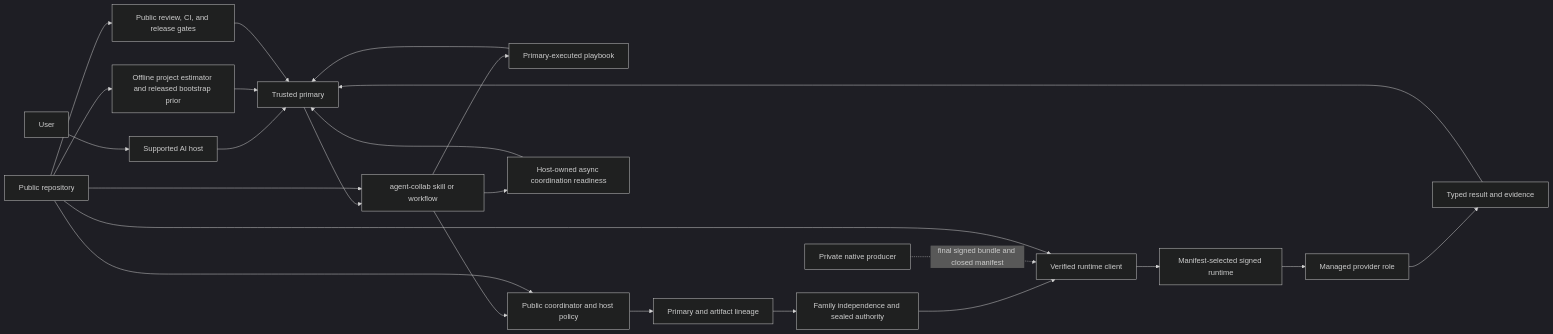
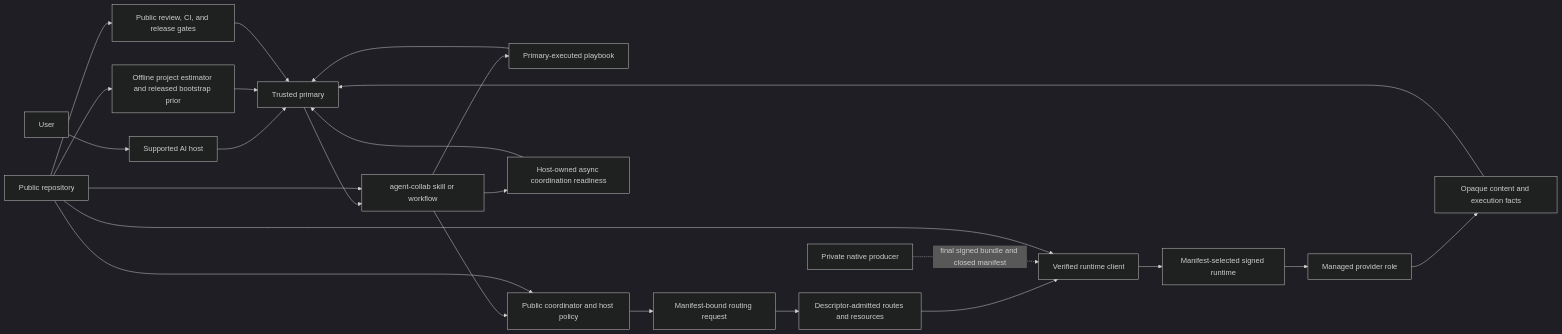
One commit to sumitake/agent-collab changed the diagram in docs/architecture/system-context.md. Above: the diagram before and after it, drawn with Mermaid (dark theme). The commit also changed other lines of this file and 11 other files, not shown here.

````diff
--- a/docs/architecture/system-context.md
+++ b/docs/architecture/system-context.md
@@ -49,30 +49,30 @@
 ```mermaid
 flowchart LR
     User["User"] --> Host["Supported AI host"]
     Host --> Primary["Trusted primary"]
     Primary --> Skill["agent-collab skill or workflow"]
 
     Skill --> Local["Primary-executed playbook"]
     Skill --> Coord["Public coordinator and host policy"]
     Skill --> Async["Host-owned async coordination readiness"]
 
-    Coord --> Identity["Primary and artifact lineage"]
-    Identity --> Policy["Family independence and sealed authority"]
+    Coord --> Identity["Manifest-bound routing request"]
+    Identity --> Policy["Descriptor-admitted routes and resources"]
     Policy --> Client["Verified runtime client"]
     Client --> Runtime["Manifest-selected signed runtime"]
     Runtime --> Role["Managed provider role"]
-    Role --> Result["Typed result and evidence"]
+    Role --> Result["Opaque content and execution facts"]
     Result --> Primary
 
     Local --> Primary
     Async --> Primary
 
     Producer["Private native producer"] -. "final signed bundle and closed manifest" .-> Client
     Repo["Public repository"] --> Skill
     Repo --> Coord
     Repo --> Client
     Repo --> Governance["Public review, CI, and release gates"]
     Repo --> Estimate["Offline project estimator and released bootstrap prior"]
     Estimate --> Primary
     Governance --> Primary
 ```
````
